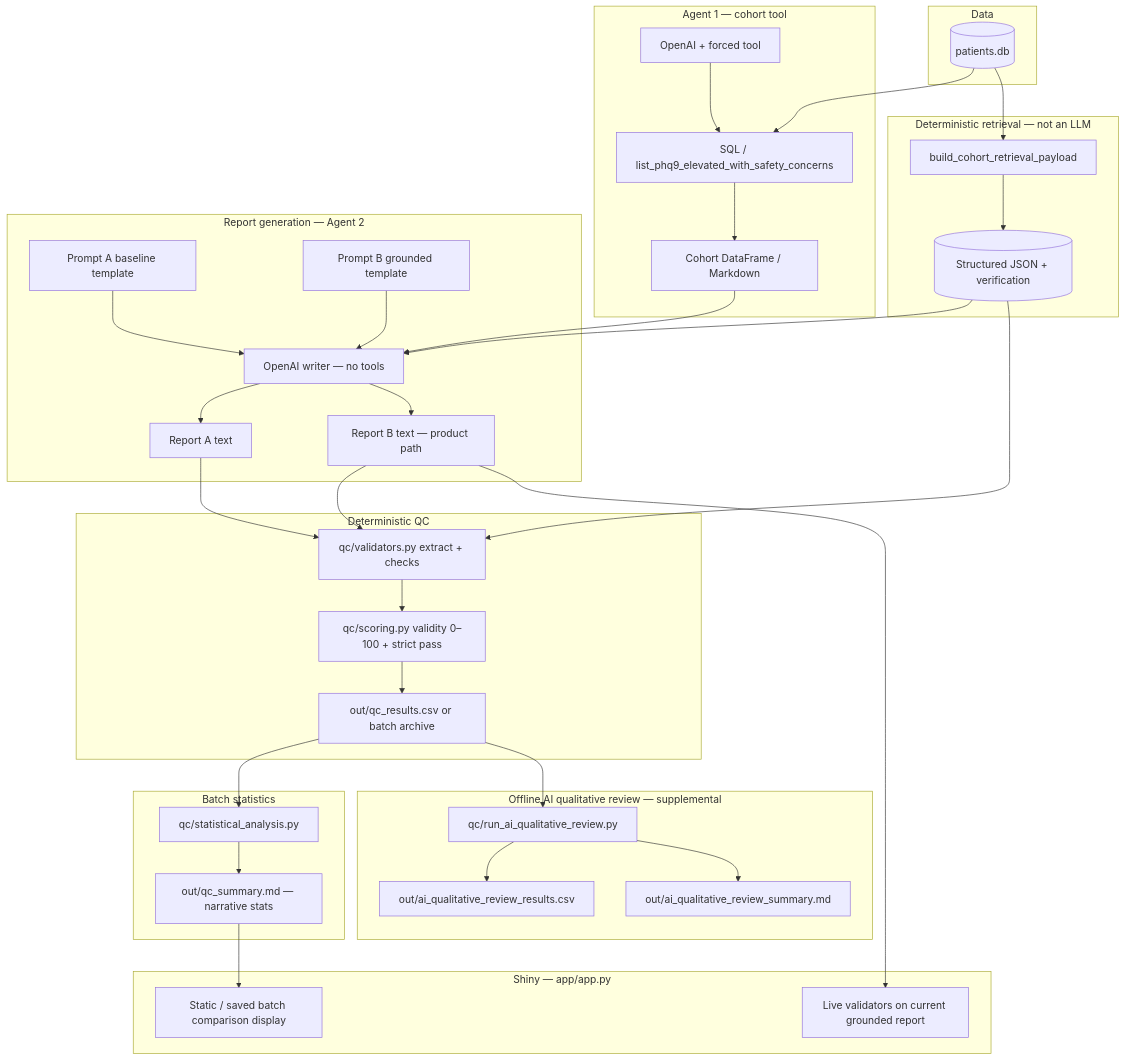
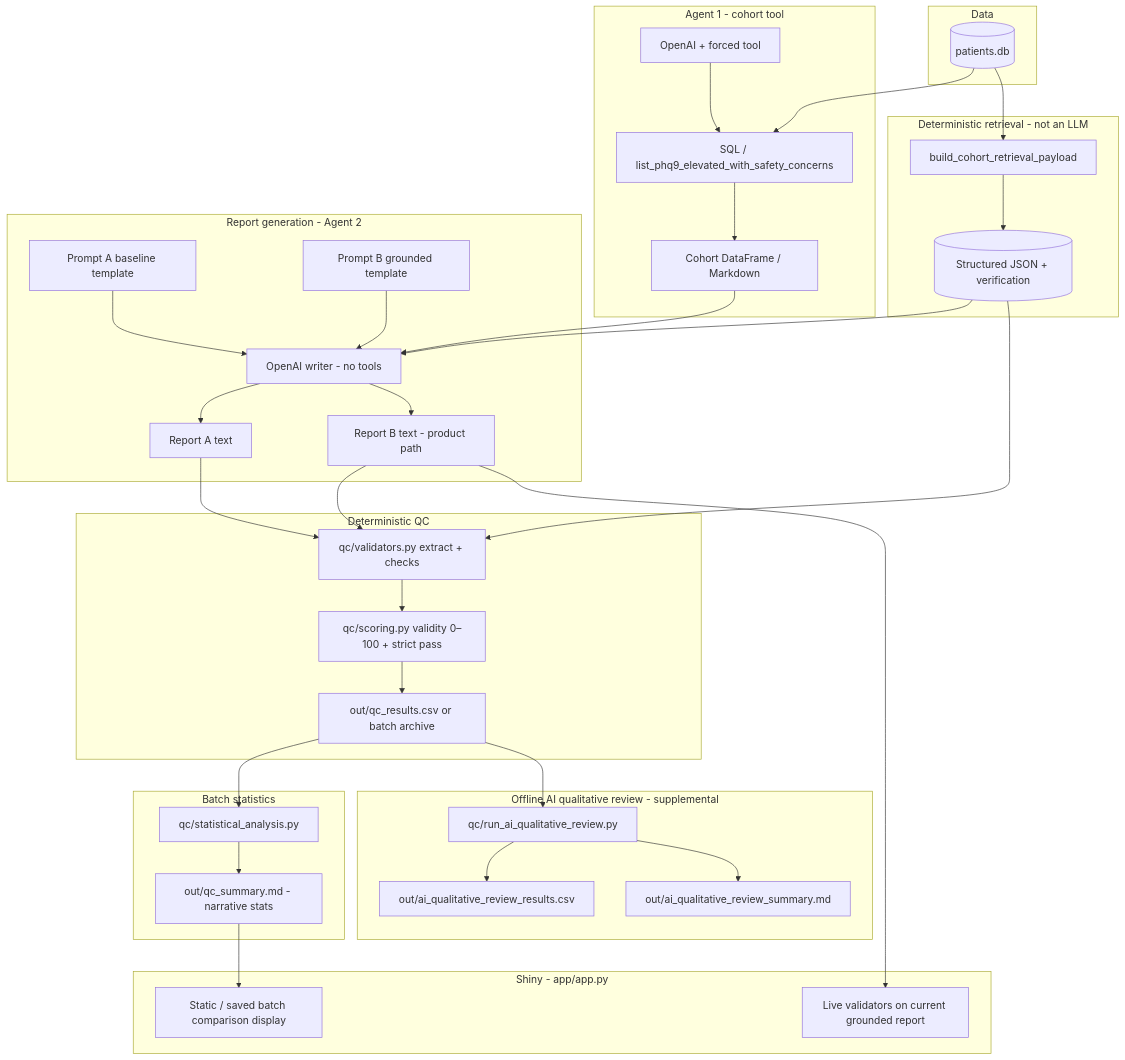
The diagram in HW2/README_QUALITY_CONTROL_PIPELINE.md (MatthewTirelli/DSAI-HW2), drawn with Mermaid before and after one commit. The commit also changed other lines of this file and 2 other files, not shown here.

Commit message:
polish QC pipeline README and add PDF export artifacts
Remove synthetic intro paragraph, normalize Mermaid labels for clean PDF rendering, and add a Playwright-based exporter plus a rendered PDF copy.

````diff
--- a/HW2/README_QUALITY_CONTROL_PIPELINE.md
+++ b/HW2/README_QUALITY_CONTROL_PIPELINE.md
@@ -83,64 +81,64 @@
 ```mermaid
 flowchart TB
   subgraph data["Data"]
     DB[("patients.db")]
   end
 
-  subgraph agent1["Agent 1 — cohort tool"]
+  subgraph agent1["Agent 1 - cohort tool"]
     LM1[OpenAI + forced tool]
     Tool[SQL / list_phq9_elevated_with_safety_concerns]
     LM1 --> Tool
     Tool --> Cohort[Cohort DataFrame / Markdown]
   end
 
-  subgraph retrieval["Deterministic retrieval — not an LLM"]
+  subgraph retrieval["Deterministic retrieval - not an LLM"]
     R[build_cohort_retrieval_payload]
     Payload[(Structured JSON + verification)]
     R --> Payload
   end
 
-  subgraph prompts["Report generation — Agent 2"]
+  subgraph prompts["Report generation - Agent 2"]
     PA[Prompt A baseline template]
     PB[Prompt B grounded template]
-    LM2[OpenAI writer — no tools]
+    LM2[OpenAI writer - no tools]
     PA --> LM2
     PB --> LM2
     Cohort --> LM2
     Payload --> LM2
     LM2 --> RA[Report A text]
-    LM2 --> RB[Report B text — product path]
+    LM2 --> RB[Report B text - product path]
   end
 
   subgraph detqc["Deterministic QC"]
     V[qc/validators.py extract + checks]
     S[qc/scoring.py validity 0–100 + strict pass]
     RA --> V
     RB --> V
     Payload --> V
     V --> S
     S --> CSV[out/qc_results.csv or batch archive]
   end
 
   subgraph stats["Batch statistics"]
     SA[qc/statistical_analysis.py]
     CSV --> SA
-    SA --> MD[out/qc_summary.md — narrative stats]
+    SA --> MD[out/qc_summary.md - narrative stats]
   end
 
-  subgraph narrativeqc["Offline AI qualitative review — supplemental"]
+  subgraph narrativeqc["Offline AI qualitative review - supplemental"]
     AIRev[qc/run_ai_qualitative_review.py]
     CSV --> AIRev
     AIRev --> AICSV[out/ai_qualitative_review_results.csv]
     AIRev --> AIMD[out/ai_qualitative_review_summary.md]
   end
 
-  subgraph ui["Shiny — app/app.py"]
+  subgraph ui["Shiny - app/app.py"]
     Live[Live validators on current grounded report]
     Batch[Static / saved batch comparison display]
   end
 
   DB --> Tool
   DB --> R
   RB --> Live
   MD --> Batch
 ```
````
